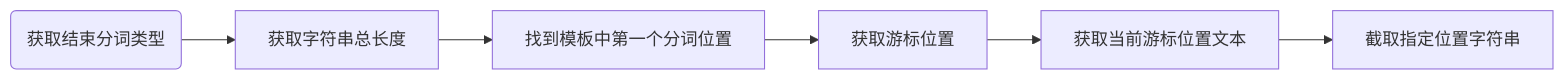
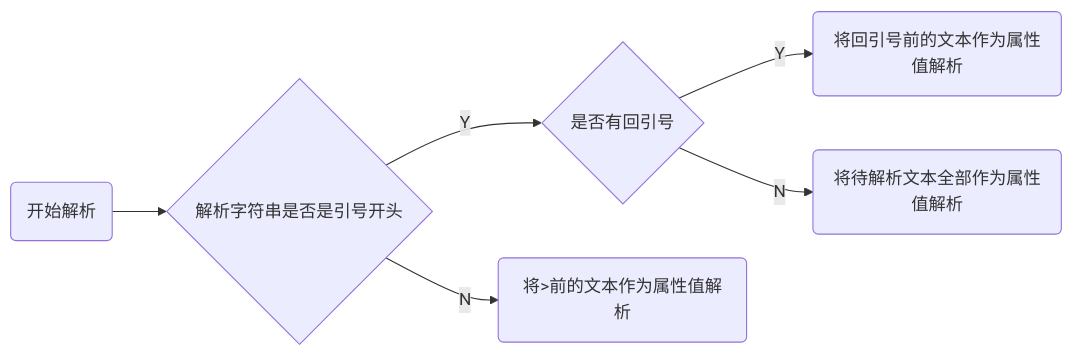
The third of 3 diagrams in blog/CO.程序员/FE.前端/Vue/Ver.3/源码解析/Parse.md (LiHowe/h-wiki), drawn with Mermaid before and after one commit. The commit also changed other lines of this file and 6 other files, not shown here.

````diff
--- a/blog/CO.程序员/FE.前端/Vue/Ver.3/源码解析/Parse.md
+++ b/blog/CO.程序员/FE.前端/Vue/Ver.3/源码解析/Parse.md
@@ -230,4 +321,8 @@
 ```mermaid
 graph LR
-Start(获取结束分词类型) --> 获取字符串总长度 --> 找到模板中第一个分词位置 --> 获取游标位置 --> 获取当前游标位置文本 --> 截取指定位置字符串
+	Start(开始解析) --> J1{解析字符串是否是引号开头}
+	J1 --Y--> J2{是否有回引号}
+	J2 --Y--> P1(将回引号前的文本作为属性值解析)
+	J2 --N--> P2(将待解析文本全部作为属性值解析)
+	J1 --N--> P3(将>前的文本作为属性值解析)
 ```
````
